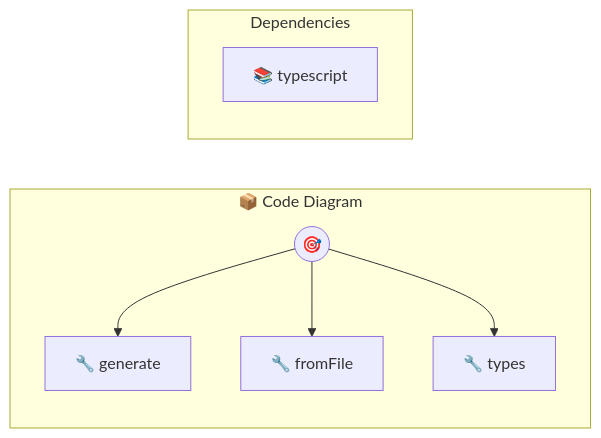
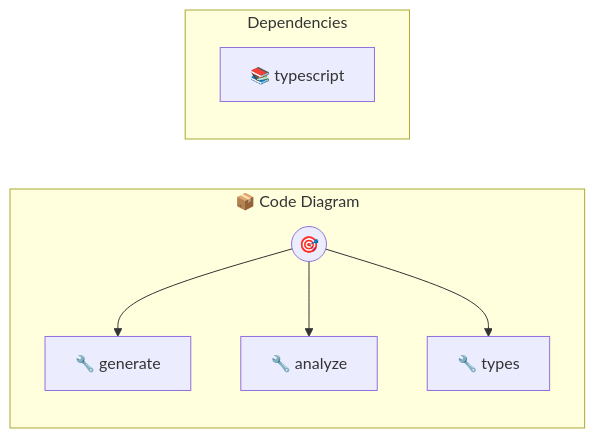
The diagram in code-diagram.md (portel-dev/photons), drawn with Mermaid before and after one commit. The commit also changed other lines of this file and 20 other files, not shown here.

````diff
--- a/code-diagram.md
+++ b/code-diagram.md
@@ -71,18 +71,18 @@
 ```mermaid
 flowchart LR
     subgraph code_diagram["📦 Code Diagram"]
         direction TB
         PHOTON((🎯))
         T0[🔧 generate]
         PHOTON --> T0
-        T1[🔧 fromFile]
+        T1[🔧 analyze]
         PHOTON --> T1
         T2[🔧 types]
         PHOTON --> T2
     end
 
     subgraph deps["Dependencies"]
         direction TB
         NPM0[📚 typescript]
     end
 ```
````
